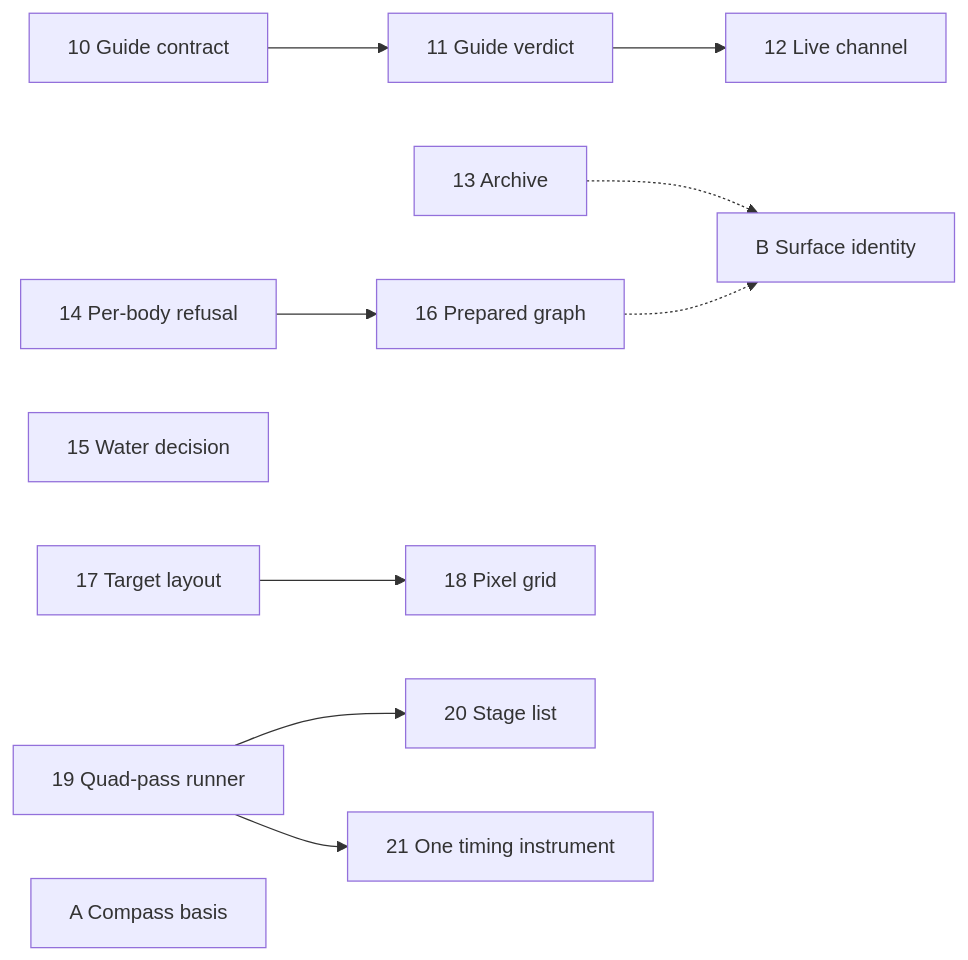
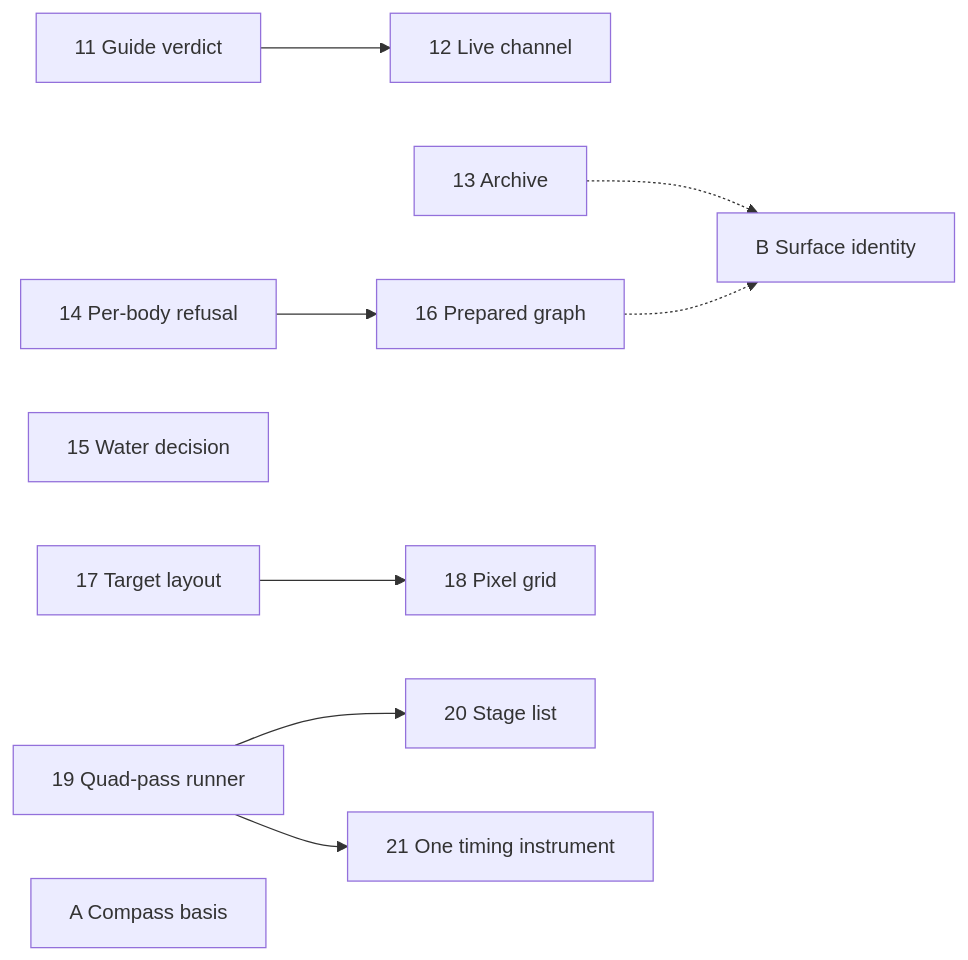
Before and after one commit to jonjaques/inertialref: the diagram in design/plans/arch-review.md, drawn with Mermaid. The commit also changed other lines of this file and 18 other files, not shown here.

First line of the commit message:
refactor: the guide's wire contract lives in packages/protocol (#117)

````diff
--- a/design/plans/arch-review.md
+++ b/design/plans/arch-review.md
@@ -70,13 +70,13 @@
 ```mermaid
 flowchart LR
-  P10[10 Guide contract] --> P11[11 Guide verdict] --> P12[12 Live channel]
+  P11[11 Guide verdict] --> P12[12 Live channel]
   P13[13 Archive]
   P14[14 Per-body refusal] --> P16[16 Prepared graph]
   P15[15 Water decision]
   P17[17 Target layout] --> P18[18 Pixel grid]
   P19[19 Quad-pass runner] --> P20[20 Stage list]
   P19 --> P21[21 One timing instrument]
   A[A Compass basis]
   P13 -.-> B[B Surface identity]
   P16 -.-> B
 ```
````
